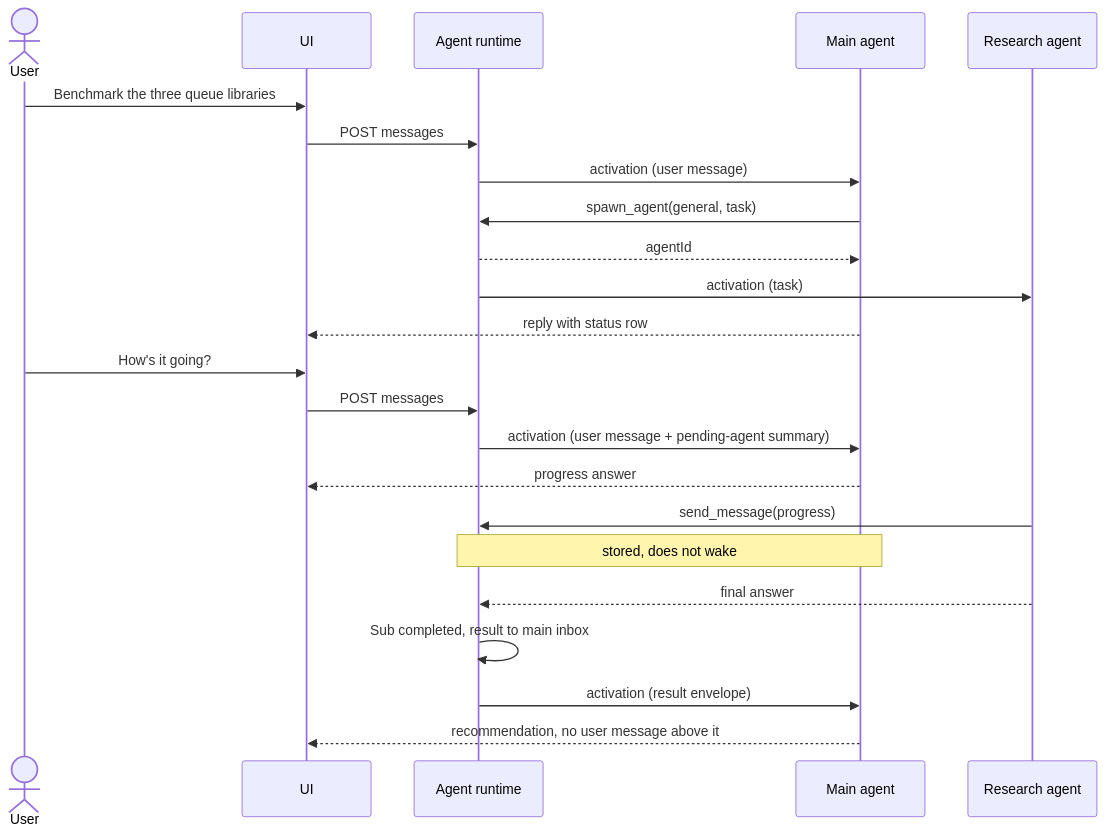
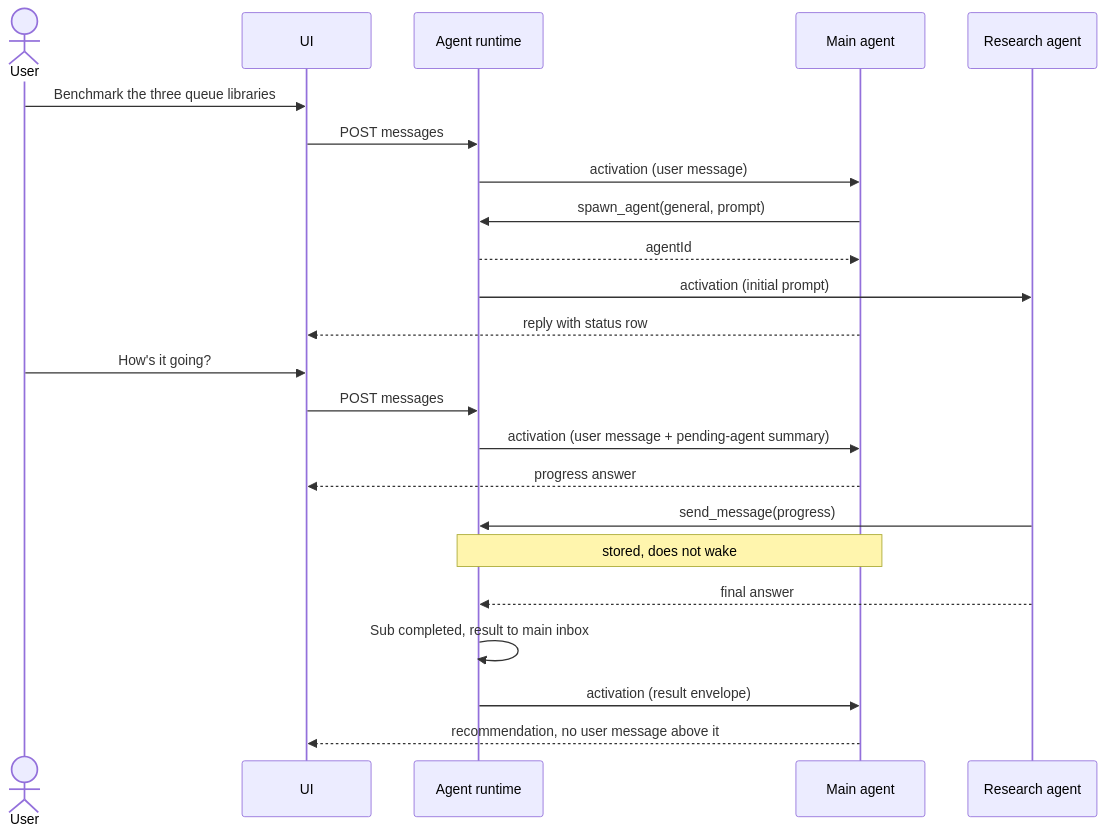
One commit to NickAwrist/euler changed the fourth of 7 diagrams in docs/design/async-agents.md. Above: the diagram before and after it, drawn with Mermaid. The commit also changed other lines of this file and 15 other files, not shown here.

````diff
--- a/docs/design/async-agents.md
+++ b/docs/design/async-agents.md
@@ -307,25 +307,25 @@
 ```mermaid
 sequenceDiagram
   actor User
   participant UI
   participant RT as Agent runtime
   participant Main as Main agent
   participant Sub as Research agent
   User->>UI: Benchmark the three queue libraries
   UI->>RT: POST messages
   RT->>Main: activation (user message)
-  Main->>RT: spawn_agent(general, task)
+  Main->>RT: spawn_agent(general, prompt)
   RT-->>Main: agentId
-  RT->>Sub: activation (task)
+  RT->>Sub: activation (initial prompt)
   Main-->>UI: reply with status row
   User->>UI: How's it going?
   UI->>RT: POST messages
   RT->>Main: activation (user message + pending-agent summary)
   Main-->>UI: progress answer
   Sub->>RT: send_message(progress)
   Note over RT,Main: stored, does not wake
   Sub-->>RT: final answer
   RT->>RT: Sub completed, result to main inbox
   RT->>Main: activation (result envelope)
   Main-->>UI: recommendation, no user message above it
 ```
````
